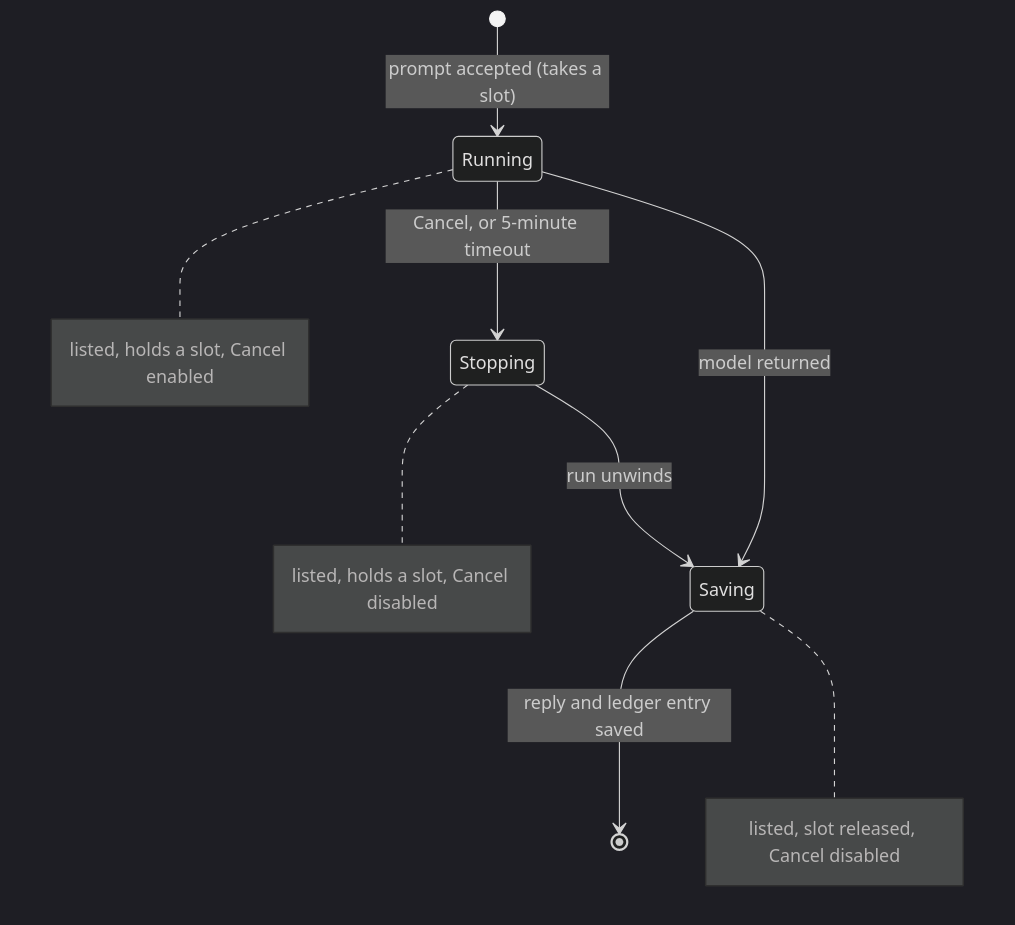
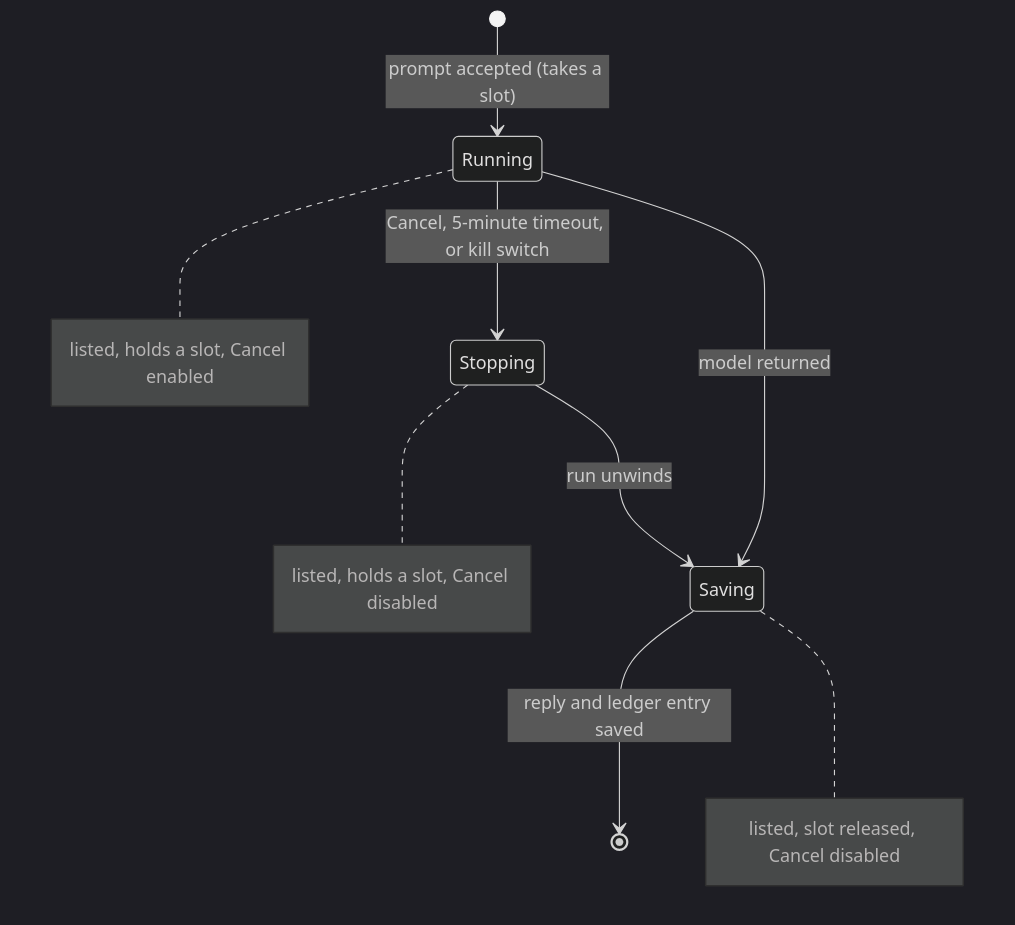
Diagram 23 of 23 in docs-notes/FIGURES.md (KinanRadaideh/openclaw-governance-layer), drawn with Mermaid (dark theme) before and after one commit. The commit also changed other lines of this file and 12 other files, not shown here.

````diff
--- a/docs-notes/FIGURES.md
+++ b/docs-notes/FIGURES.md
@@ -2109,11 +2175,11 @@
 ```mermaid
 stateDiagram-v2
   [*] --> Running: prompt accepted (takes a slot)
-  Running --> Stopping: Cancel, or 5-minute timeout
+  Running --> Stopping: Cancel, 5-minute timeout, or kill switch
   Running --> Saving: model returned
   Stopping --> Saving: run unwinds
   Saving --> [*]: reply and ledger entry saved
   note right of Running: listed, holds a slot, Cancel enabled
   note right of Stopping: listed, holds a slot, Cancel disabled
   note right of Saving: listed, slot released, Cancel disabled
 ```
````
